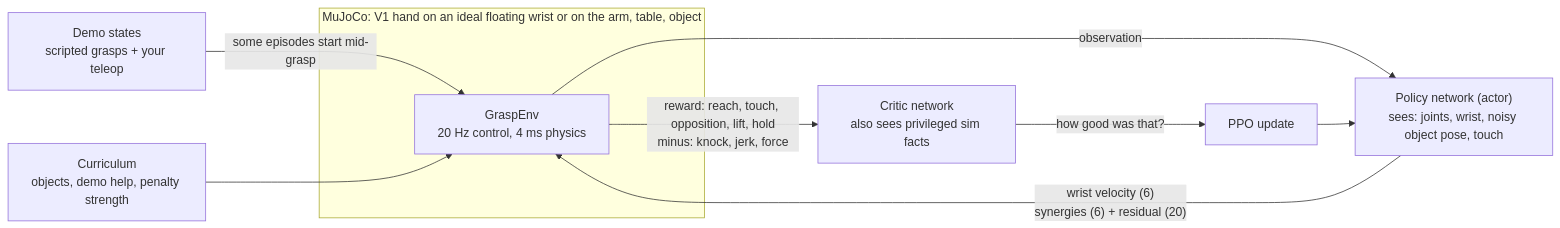
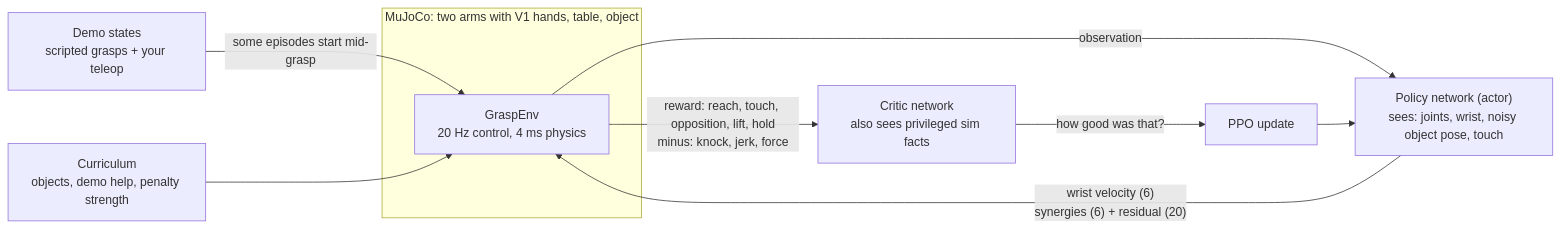
Before and after one commit to Danielloka/tendra-hand: the diagram in research/ai/grasp-rl.md, drawn with Mermaid. The commit also changed other lines of this file and 97 other files, not shown here.

First line of the commit message:
Two arms, a mirrored left hand, no floating hand

````diff
--- a/research/ai/grasp-rl.md
+++ b/research/ai/grasp-rl.md
@@ -9,13 +9,13 @@
 ```mermaid
 flowchart LR
-    subgraph sim [MuJoCo: V1 hand on an ideal floating wrist or on the arm, table, object]
+    subgraph sim [MuJoCo: two arms with V1 hands, table, object]
       E[GraspEnv<br/>20 Hz control, 4 ms physics]
     end
     P["Policy network (actor)<br/>sees: joints, wrist, noisy object pose, touch"] -->|"wrist velocity (6)<br/>synergies (6) + residual (20)"| E
     E -->|reward: reach, touch, opposition, lift, hold<br/>minus: knock, jerk, force| C
     E -->|observation| P
     C["Critic network<br/>also sees privileged sim facts"] -->|how good was that?| PPO[PPO update]
     PPO --> P
     D[Demo states<br/>scripted grasps + your teleop] -->|some episodes start mid-grasp| E
     CU[Curriculum<br/>objects, demo help, penalty strength] --> E
 ```
````
